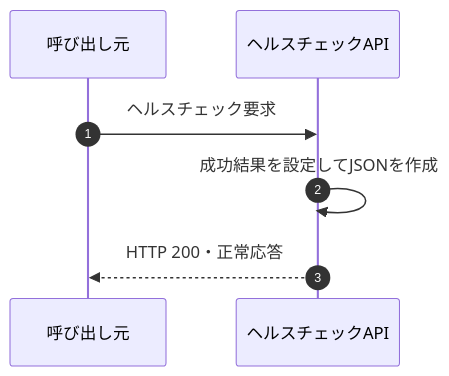
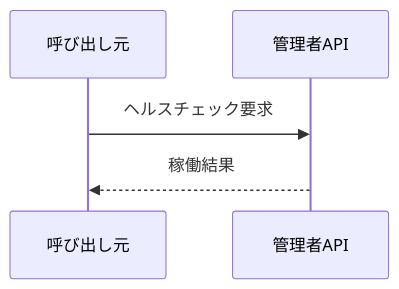
Before and after one commit to kohei-okazaki/work-3g: the first of 2 diagrams in ha-docs/design/05_rootapi/設計書_5.0.ヘルスチェックAPI.md, drawn with Mermaid. The commit also changed other lines of this file and 67 other files, not shown here.

````diff
--- a/ha-docs/design/05_rootapi/設計書_5.0.ヘルスチェックAPI.md
+++ b/ha-docs/design/05_rootapi/設計書_5.0.ヘルスチェックAPI.md
@@ -75,9 +11,7 @@
 ```mermaid
 sequenceDiagram
-    autonumber
     participant C as 呼び出し元
-    participant A as ヘルスチェックAPI
+    participant A as 管理者API
     C->>A: ヘルスチェック要求
-    A->>A: 成功結果を設定してJSONを作成
-    A-->>C: HTTP 200・正常応答
+    A-->>C: 稼働結果
 ```
````
